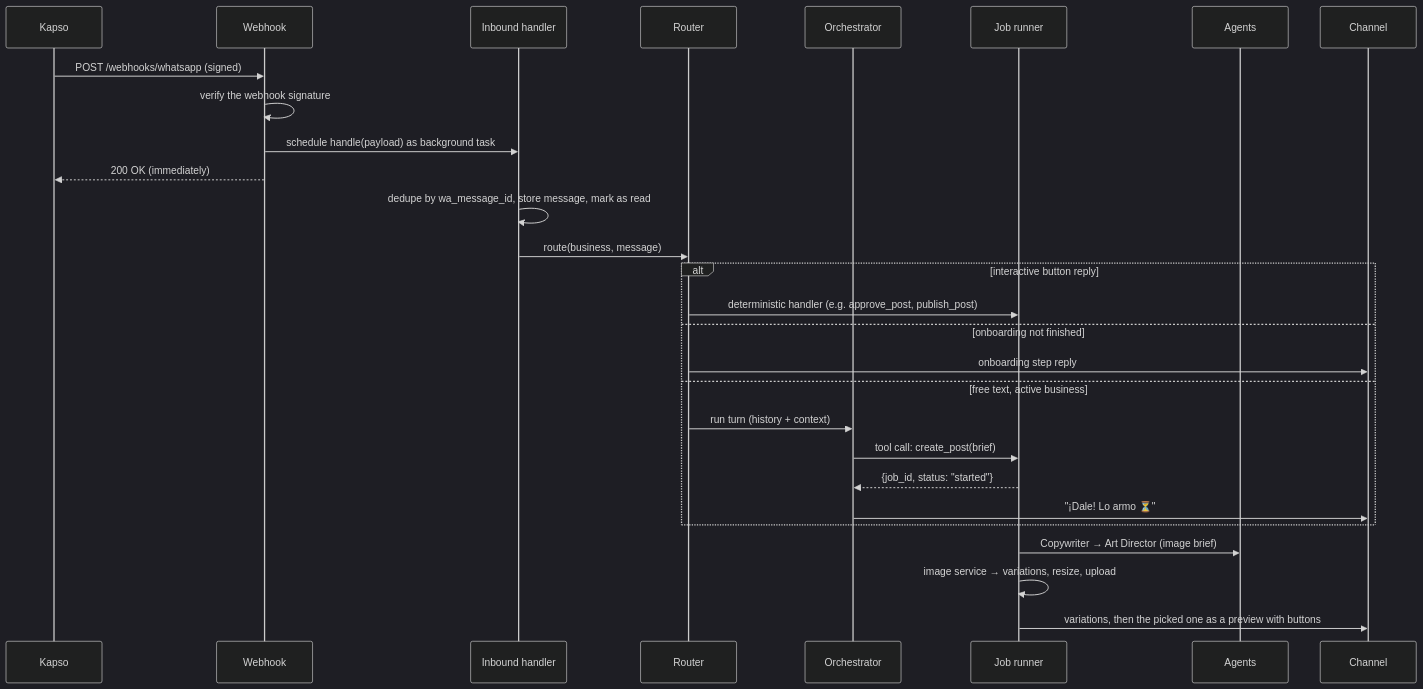
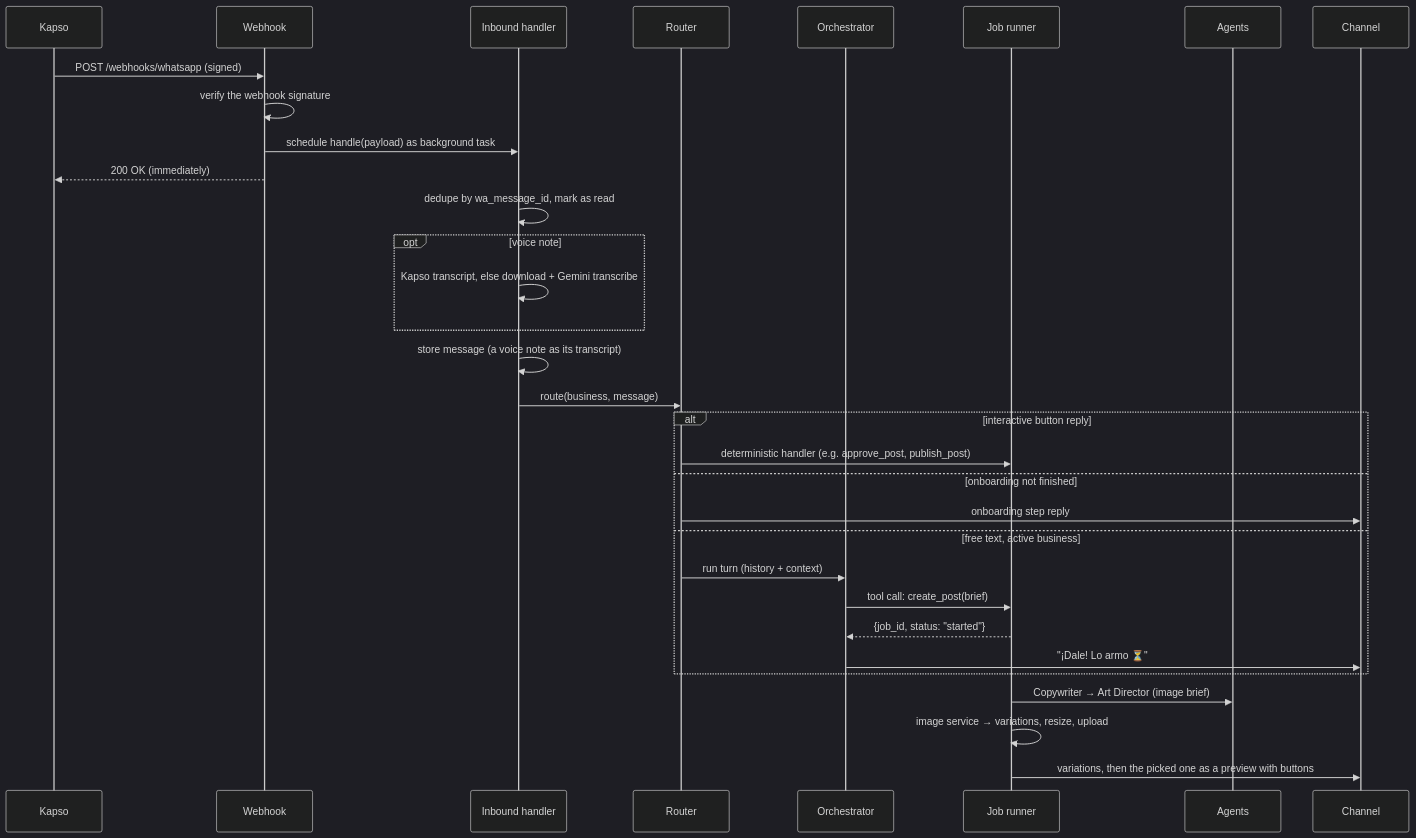
One commit to Dimple6114/build101 changed the third of 4 diagrams in docs/architecture/overview.md. Above: the diagram before and after it, drawn with Mermaid (dark theme). The commit also changed other lines of this file and 19 other files, not shown here.

First line of the commit message:
docs: transcribe voice notes via Kapso, with Gemini as fallback (#14)

````diff
--- a/docs/architecture/overview.md
+++ b/docs/architecture/overview.md
@@ -109,31 +109,35 @@
 ```mermaid
 sequenceDiagram
     participant M as Kapso
     participant W as Webhook
     participant H as Inbound handler
     participant R as Router
     participant O as Orchestrator
     participant J as Job runner
     participant A as Agents
     participant C as Channel
 
     M->>W: POST /webhooks/whatsapp (signed)
     W->>W: verify the webhook signature
     W->>H: schedule handle(payload) as background task
     W-->>M: 200 OK (immediately)
-    H->>H: dedupe by wa_message_id, store message, mark as read
+    H->>H: dedupe by wa_message_id, mark as read
+    opt voice note
+        H->>H: Kapso transcript, else download + Gemini transcribe
+    end
+    H->>H: store message (a voice note as its transcript)
     H->>R: route(business, message)
     alt interactive button reply
         R->>J: deterministic handler (e.g. approve_post, publish_post)
     else onboarding not finished
         R->>C: onboarding step reply
     else free text, active business
         R->>O: run turn (history + context)
         O->>J: tool call: create_post(brief)
         J-->>O: {job_id, status: "started"}
         O->>C: "¡Dale! Lo armo ⏳"
     end
     J->>A: Copywriter → Art Director (image brief)
     J->>J: image service → variations, resize, upload
     J->>C: variations, then the picked one as a preview with buttons
 ```
````
